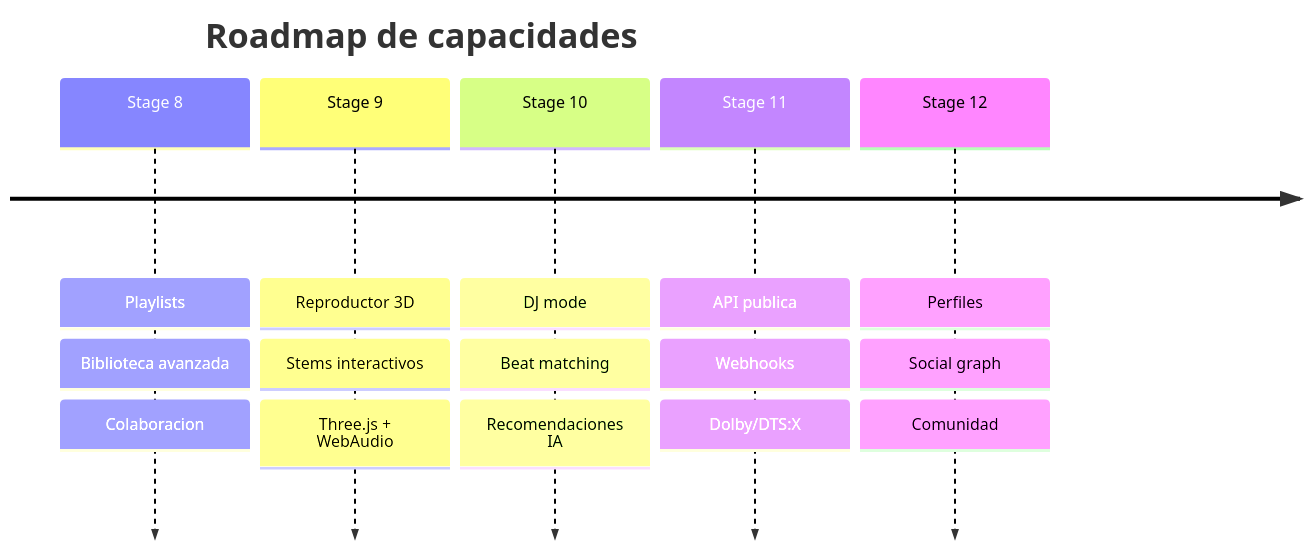
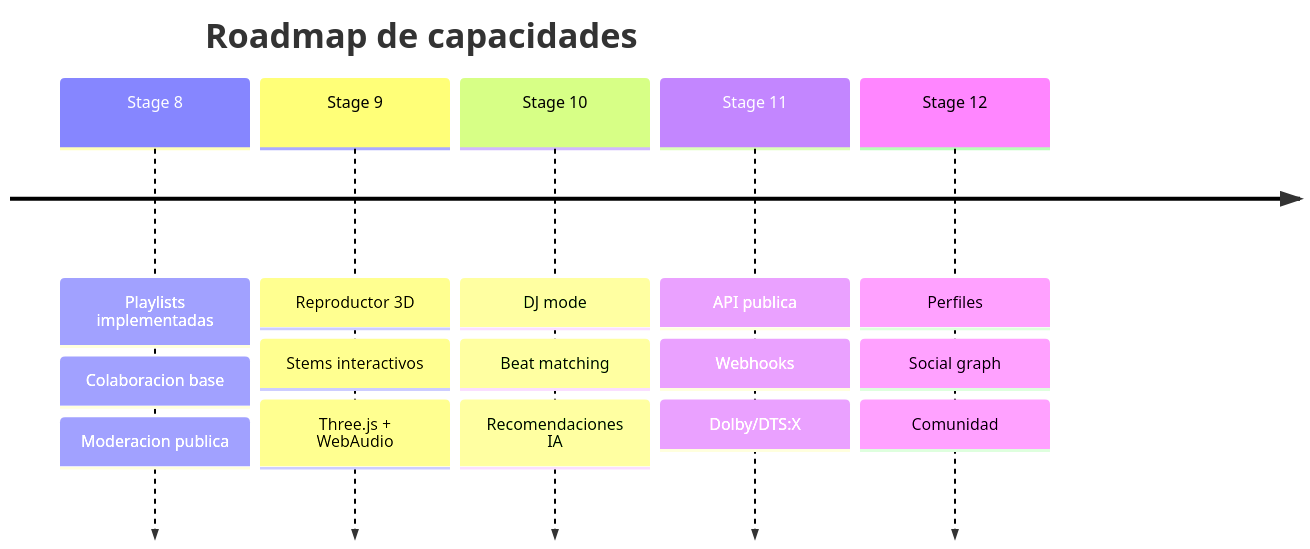
The first of 2 diagrams in docs/feature-roadmap.md (EmmiSiu/rommag_studio), drawn with Mermaid before and after one commit. The commit also changed other lines of this file and 29 other files, not shown here.

````diff
--- a/docs/feature-roadmap.md
+++ b/docs/feature-roadmap.md
@@ -6,9 +6,9 @@
 ```mermaid
 timeline
     title Roadmap de capacidades
-    Stage 8 : Playlists : Biblioteca avanzada : Colaboracion
+    Stage 8 : Playlists implementadas : Colaboracion base : Moderacion publica
     Stage 9 : Reproductor 3D : Stems interactivos : Three.js + WebAudio
     Stage 10 : DJ mode : Beat matching : Recomendaciones IA
     Stage 11 : API publica : Webhooks : Dolby/DTS:X
     Stage 12 : Perfiles : Social graph : Comunidad
 ```
````
